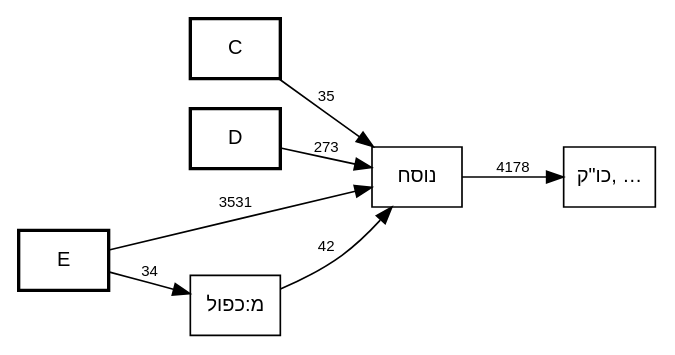
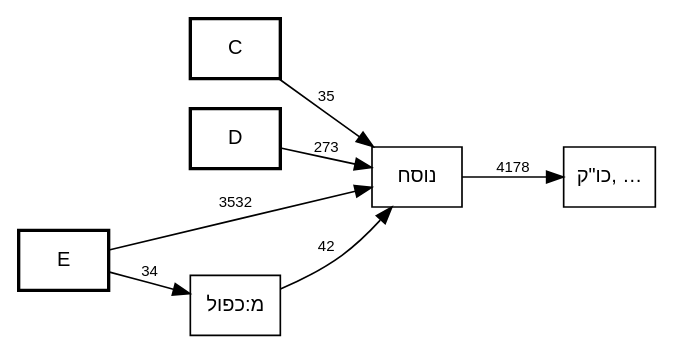
The diagram in out/MAM-tmpl-survey/plus-nusach-call-graph.dot (bdenckla/MAM-basics), drawn with Graphviz before and after one commit. The commit also changed 13 other files, not shown here.

```diff
--- a/out/MAM-tmpl-survey/plus-nusach-call-graph.dot
+++ b/out/MAM-tmpl-survey/plus-nusach-call-graph.dot
@@ -1,60 +1,60 @@
 digraph template_call_graph {
     rankdir=LR;
     node [fontname="SBL Hebrew,Helvetica", fontsize=12];
     edge [fontname="Helvetica", fontsize=9];
 
     // Column nodes
     node [shape=box, style=bold];
     "C";
     "D";
     "E";
 
     // Template nodes
     node [shape=box, style=""];
     "כו\"ק" [label="כו\"ק, …", tooltip="כו\"ק
 כתיב ולא קרי
 מ:אות-מיוחדת-במילה
 מ:אין פרשה בתחילת פרק
 מ:אין פרשה בתחילת פרק בספרי אמ\"ת
 מ:דחי
 מ:הערה-2
 מ:כו\"ק בין שני מקפים
 מ:כו\"ק כתיב מילה חדה וקרי תרתין מילין
 מ:כו\"ק כתיב מילה חדה וקרי תרתין מילין בין שני מקפים
 מ:כו\"ק כתיב תרתין מילין וקרי מילה חדה
 מ:כו\"ק קרי שונה מהכתיב בשתי מילים
 מ:כו\"ק של שלוש מילים בהערה אחת
 מ:כו\"ק של שתי מילים בהערה אחת
 מ:לגרמיה-2
 מ:מקף אפור
 מ:נו\"ן הפוכה
 מ:פסוק
 מ:פסק
 מ:צינור
 מ:קו\"כ כתיב מילה חדה וקרי תרתין מילין
 מ:קו\"כ קרי שונה מהכתיב בשתי מילים
 מ:קישור בהערה
 מ:קישור פנימי בהערה
 מ:קמץ
 מודגש
 סס
 ססס
 פפ
 פפפ
 קו\"כ
 קו\"כ-אם
 קרי ולא כתיב
 ר0
 ר1
 ר3
 ר4
 ש"];
 
     // Edges
     "C" -> "נוסח" [label="35"];
     "D" -> "נוסח" [label="273"];
     "E" -> "מ:כפול" [label="34"];
-    "E" -> "נוסח" [label="3531"];
+    "E" -> "נוסח" [label="3532"];
     "מ:כפול" -> "נוסח" [label="42"];
     "נוסח" -> "כו\"ק" [label="4178"];
 }
```
